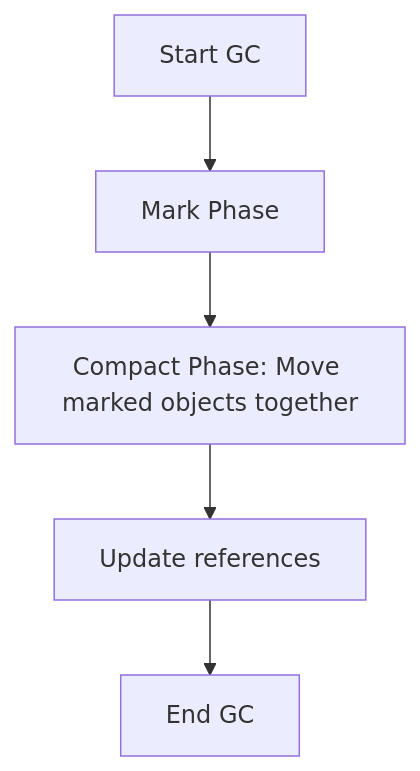
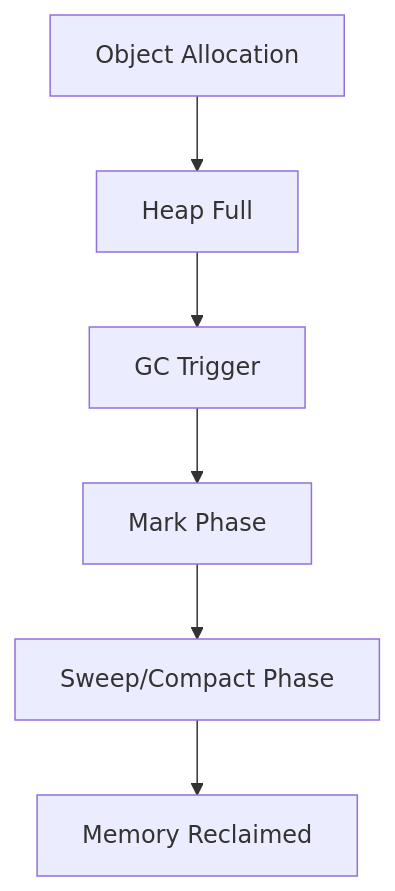
The diagram in garbage-collection-algorithms/README.md (VrushankPatel/interview-matters), drawn with Mermaid before and after one commit. The commit also changed other lines of this file and 6 other files, not shown here.

````diff
--- a/garbage-collection-algorithms/README.md
+++ b/garbage-collection-algorithms/README.md
@@ -38,7 +45,8 @@
-     ```mermaid
-     flowchart TD
-         A[Start GC] --> B[Mark Phase]
-         B --> C[Compact Phase: Move marked objects together]
-         C --> D[Update references]
-         D --> E[End GC]
-     ```
+```mermaid
+graph TD
+    A[Object Allocation] --> B[Heap Full]
+    B --> C[GC Trigger]
+    C --> D[Mark Phase]
+    D --> E[Sweep/Compact Phase]
+    E --> F[Memory Reclaimed]
+```
````
